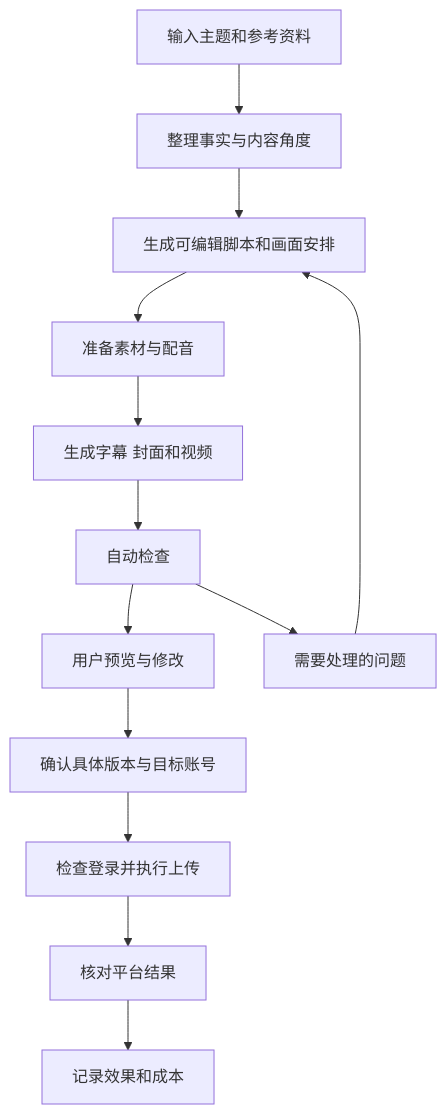
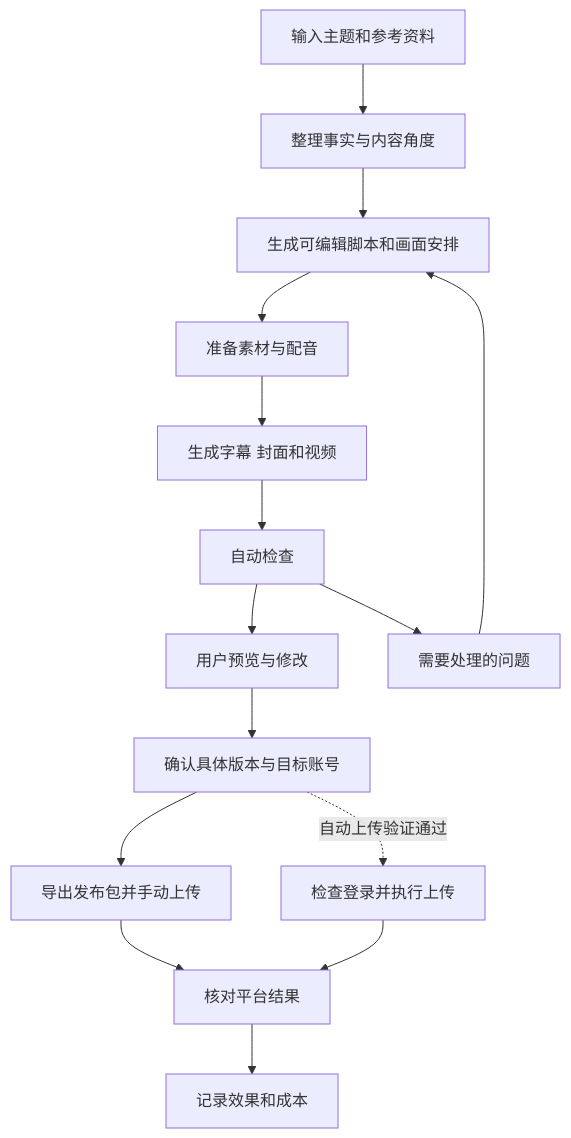
One commit to lemi39991-pixel/ai-auto-video changed the first of 2 diagrams in docs/implementation-plan.md. Above: the diagram before and after it, drawn with Mermaid. The commit also changed other lines of this file and 2 other files, not shown here.

````diff
--- a/docs/implementation-plan.md
+++ b/docs/implementation-plan.md
@@ -75,15 +78,17 @@
 ```mermaid
 flowchart TD
     A[输入主题和参考资料] --> B[整理事实与内容角度]
     B --> C[生成可编辑脚本和画面安排]
     C --> D[准备素材与配音]
     D --> E[生成字幕 封面和视频]
     E --> F[自动检查]
     F --> G[用户预览与修改]
     G --> H[确认具体版本与目标账号]
-    H --> I[检查登录并执行上传]
+    H --> X[导出发布包并手动上传]
+    X --> J[核对平台结果]
+    H -. 自动上传验证通过 .-> I[检查登录并执行上传]
     I --> J[核对平台结果]
     J --> K[记录效果和成本]
     F --> L[需要处理的问题]
     L --> C
 ```
````
